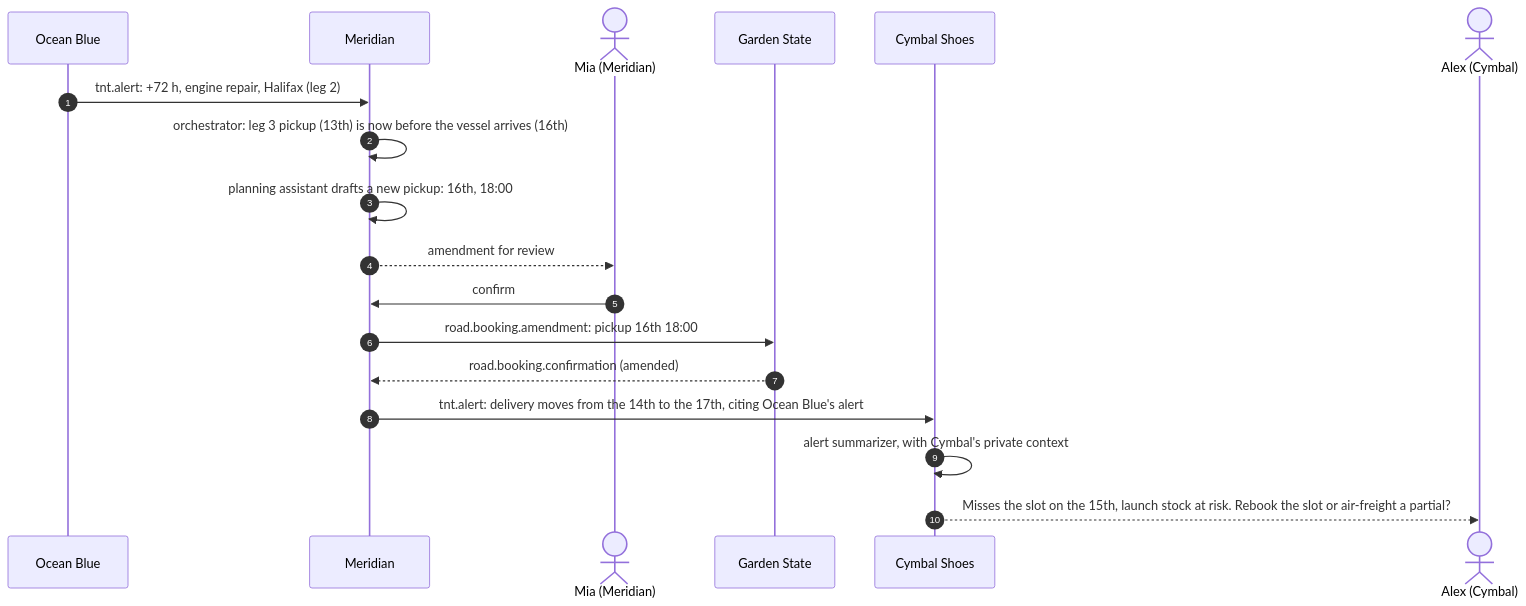
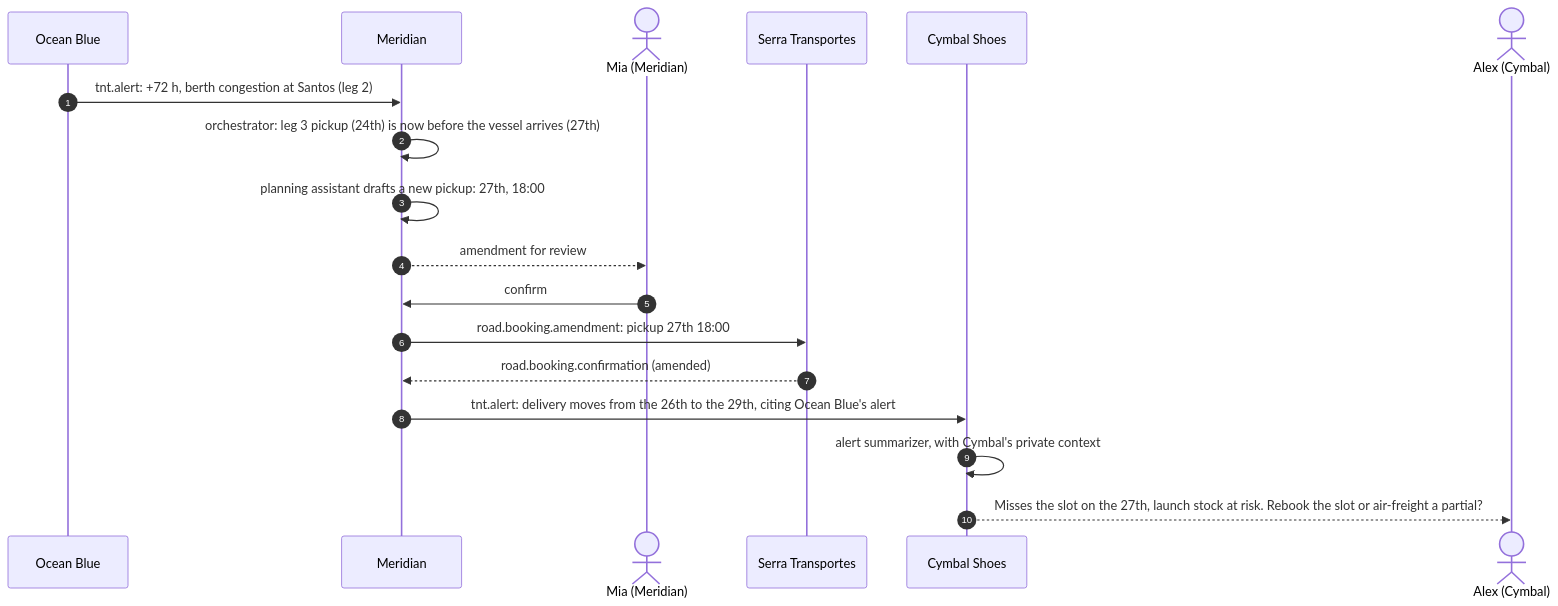
One commit to go-steer/supercargo changed the fifth of 7 diagrams in docs/proposals/door-to-door-forwarder.md. Above: the diagram before and after it, drawn with Mermaid. The commit also changed other lines of this file and 2 other files, not shown here.

````diff
--- a/docs/proposals/door-to-door-forwarder.md
+++ b/docs/proposals/door-to-door-forwarder.md
@@ -361,21 +472,21 @@
 ```mermaid
 sequenceDiagram
     autonumber
     participant OB as Ocean Blue
     participant MF as Meridian
     actor Mia as Mia (Meridian)
-    participant GS as Garden State
+    participant GS as Serra Transportes
     participant CS as Cymbal Shoes
     actor Alex as Alex (Cymbal)
 
-    OB->>MF: tnt.alert: +72 h, engine repair, Halifax (leg 2)
-    MF->>MF: orchestrator: leg 3 pickup (13th) is now before the vessel arrives (16th)
-    MF->>MF: planning assistant drafts a new pickup: 16th, 18:00
+    OB->>MF: tnt.alert: +72 h, berth congestion at Santos (leg 2)
+    MF->>MF: orchestrator: leg 3 pickup (24th) is now before the vessel arrives (27th)
+    MF->>MF: planning assistant drafts a new pickup: 27th, 18:00
     MF-->>Mia: amendment for review
     Mia->>MF: confirm
-    MF->>GS: road.booking.amendment: pickup 16th 18:00
+    MF->>GS: road.booking.amendment: pickup 27th 18:00
     GS-->>MF: road.booking.confirmation (amended)
-    MF->>CS: tnt.alert: delivery moves from the 14th to the 17th, citing Ocean Blue's alert
+    MF->>CS: tnt.alert: delivery moves from the 26th to the 29th, citing Ocean Blue's alert
     CS->>CS: alert summarizer, with Cymbal's private context
-    CS-->>Alex: Misses the slot on the 15th, launch stock at risk. Rebook the slot or air-freight a partial?
+    CS-->>Alex: Misses the slot on the 27th, launch stock at risk. Rebook the slot or air-freight a partial?
 ```
````
